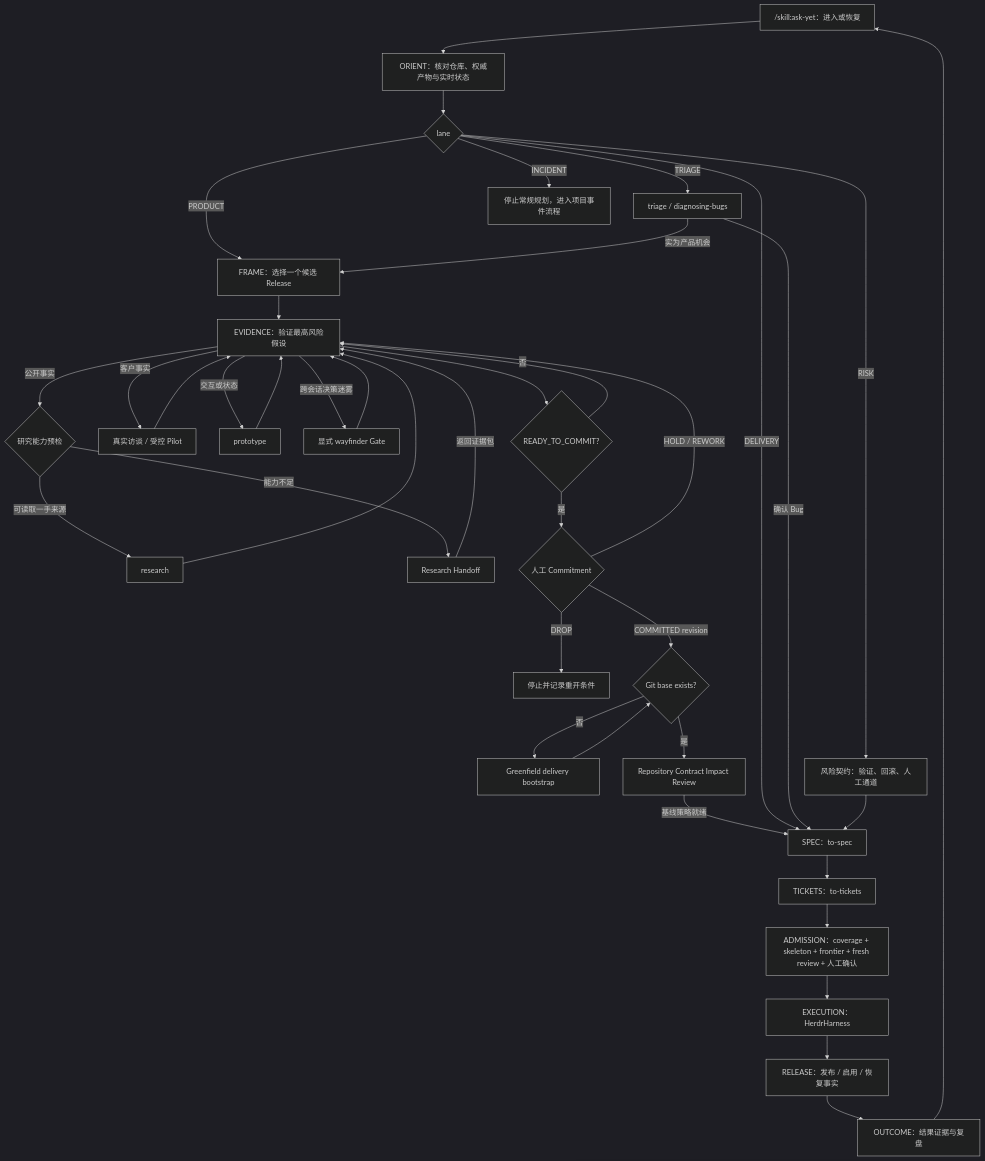
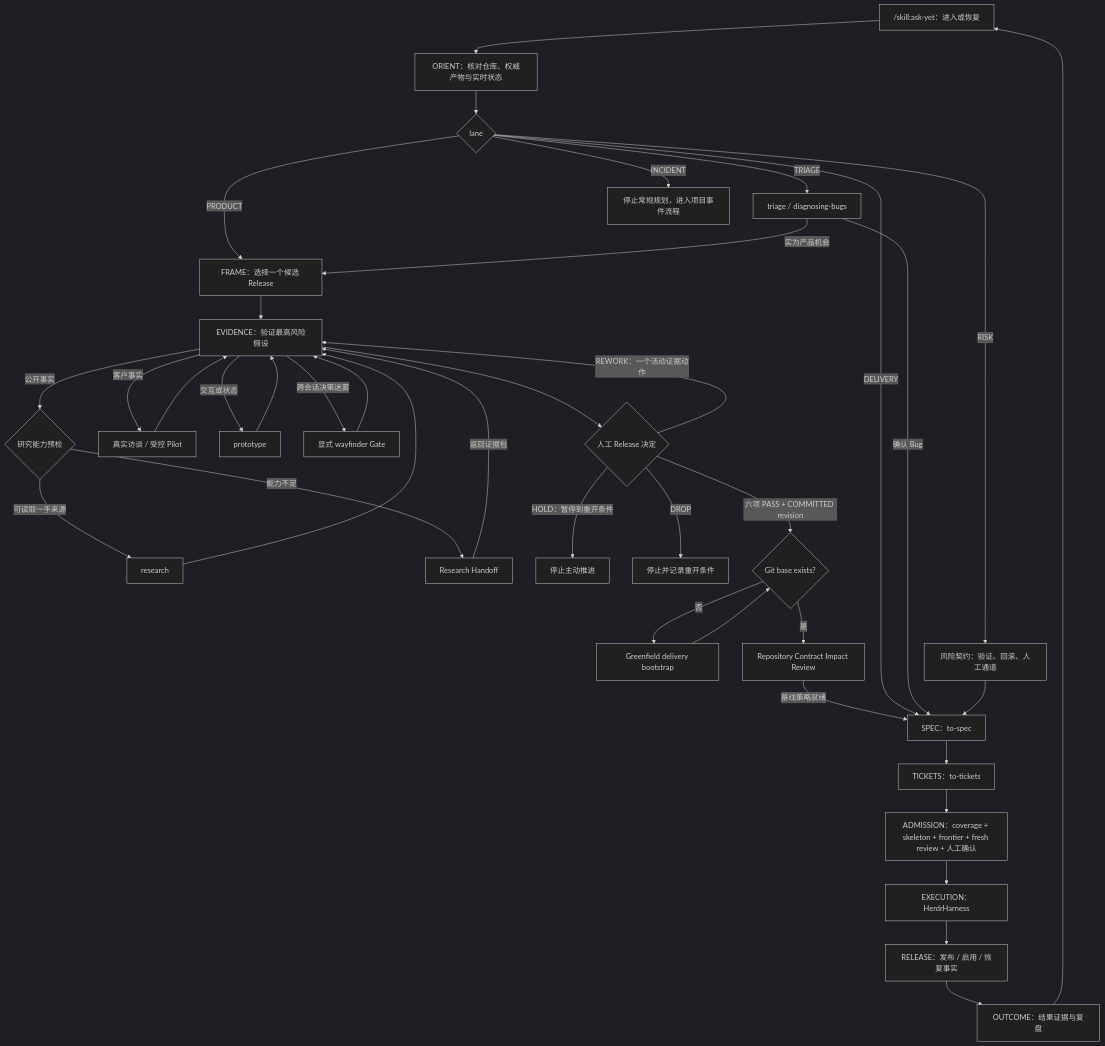
The diagram in docs/plans/ask-yet-skill-architecture.md (Notyet1307/pi-ticket-planning), drawn with Mermaid (dark theme) before and after one commit. The commit also changed other lines of this file and 16 other files, not shown here.

````diff
--- a/docs/plans/ask-yet-skill-architecture.md
+++ b/docs/plans/ask-yet-skill-architecture.md
@@ -100,46 +100,45 @@
 ```mermaid
 flowchart TD
     I["/skill:ask-yet：进入或恢复"] --> O["ORIENT：核对仓库、权威产物与实时状态"]
     O --> L{"lane"}
 
     L -->|"PRODUCT"| F["FRAME：选择一个候选 Release"]
     F --> E["EVIDENCE：验证最高风险假设"]
     E -->|"公开事实"| RC{"研究能力预检"}
     RC -->|"可读取一手来源"| RS["research"]
     RC -->|"能力不足"| RH["Research Handoff"]
     RH -->|"返回证据包"| E
     E -->|"客户事实"| HP["真实访谈 / 受控 Pilot"]
     E -->|"交互或状态"| PT["prototype"]
     E -->|"跨会话决策迷雾"| W["显式 wayfinder Gate"]
     RS --> E
     HP --> E
     PT --> E
     W --> E
-    E --> C{"READY_TO_COMMIT?"}
-    C -->|"否"| E
-    C -->|"是"| HC{"人工 Commitment"}
-    HC -->|"HOLD / REWORK"| E
+    E --> HC{"人工 Release 决定"}
+    HC -->|"REWORK：一个活动证据动作"| E
+    HC -->|"HOLD：暂停到重开条件"| PH["停止主动推进"]
     HC -->|"DROP"| X["停止并记录重开条件"]
-    HC -->|"COMMITTED revision"| B{"Git base exists?"}
+    HC -->|"六项 PASS + COMMITTED revision"| B{"Git base exists?"}
     B -->|"否"| GB["Greenfield delivery bootstrap"]
     GB --> B
     B -->|"是"| P["Repository Contract Impact Review"]
     P -->|"基线策略就绪"| S["SPEC：to-spec"]
 
     L -->|"DELIVERY"| S
     S --> T["TICKETS：to-tickets"]
     T --> A["ADMISSION：coverage + skeleton + frontier + fresh review + 人工确认"]
     A --> H["EXECUTION：HerdrHarness"]
     H --> R["RELEASE：发布 / 启用 / 恢复事实"]
     R --> M["OUTCOME：结果证据与复盘"]
     M --> I
 
     L -->|"TRIAGE"| TG["triage / diagnosing-bugs"]
     TG -->|"确认 Bug"| S
     TG -->|"实为产品机会"| F
 
     L -->|"RISK"| RK["风险契约：验证、回滚、人工通道"]
     RK --> S
 
     L -->|"INCIDENT"| IN["停止常规规划，进入项目事件流程"]
 ```
````
